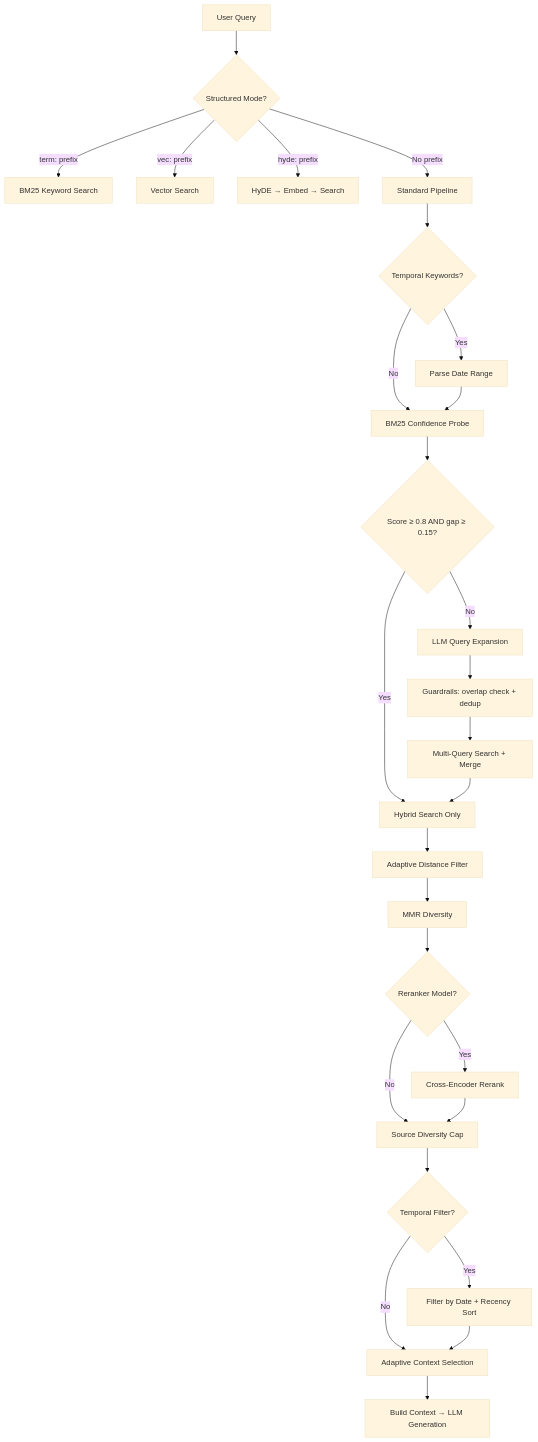
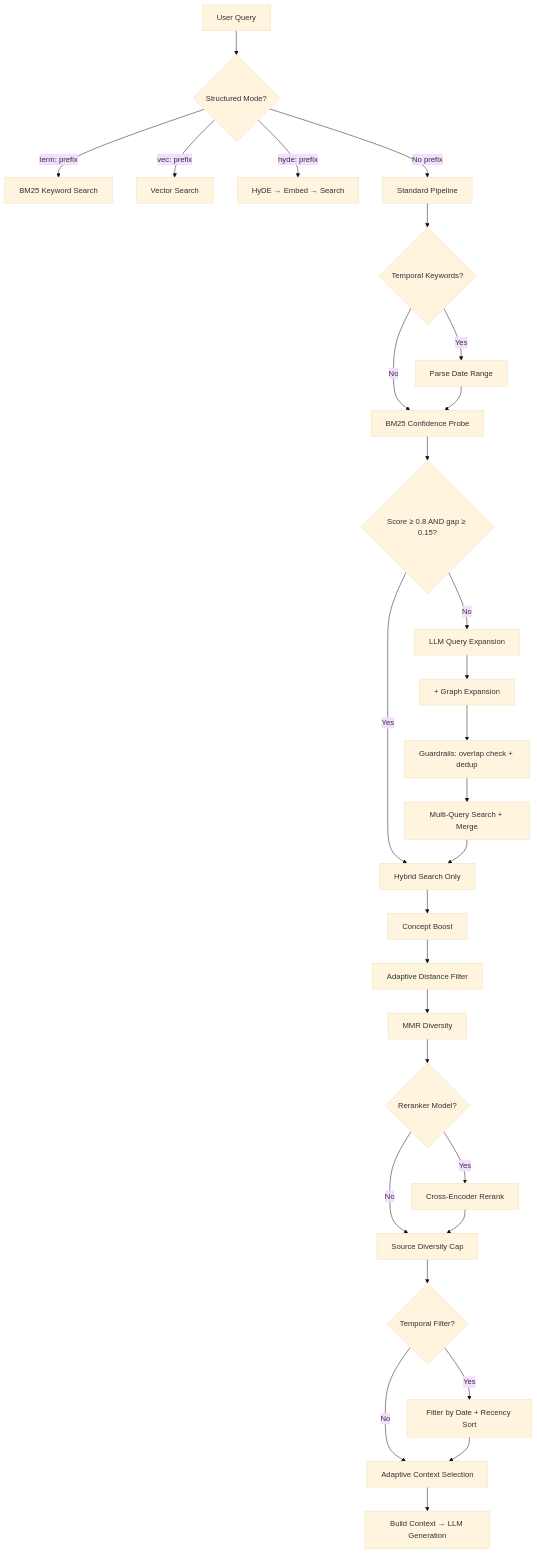
The third of 3 diagrams in docs/architecture.md (tobocop2/lilbee), drawn with Mermaid (base theme) before and after one commit. The commit also changed other lines of this file, not shown here.

Commit message:
docs: add concept graph to architecture diagrams and technique reference

````diff
--- a/docs/architecture.md
+++ b/docs/architecture.md
@@ -95,33 +100,35 @@
 ```mermaid
 flowchart TD
     Q[User Query] --> SM{Structured Mode?}
     SM -->|term: prefix| BM25[BM25 Keyword Search]
     SM -->|vec: prefix| VEC[Vector Search]
     SM -->|hyde: prefix| HYDE_M[HyDE → Embed → Search]
     SM -->|No prefix| STD[Standard Pipeline]
 
     STD --> TF{Temporal Keywords?}
     TF -->|Yes| TPARSE[Parse Date Range]
     TF -->|No| PROBE
 
     TPARSE --> PROBE[BM25 Confidence Probe]
     PROBE --> CONF{Score ≥ 0.8 AND gap ≥ 0.15?}
     CONF -->|Yes| HYBRID[Hybrid Search Only]
     CONF -->|No| EXPAND[LLM Query Expansion]
 
-    EXPAND --> GUARD[Guardrails: overlap check + dedup]
+    EXPAND --> GEXP[+ Graph Expansion]
+    GEXP --> GUARD[Guardrails: overlap check + dedup]
     GUARD --> MULTI[Multi-Query Search + Merge]
     MULTI --> HYBRID
 
-    HYBRID --> ADAPT[Adaptive Distance Filter]
+    HYBRID --> CBOOST[Concept Boost]
+    CBOOST --> ADAPT[Adaptive Distance Filter]
     ADAPT --> MMR[MMR Diversity]
     MMR --> RERANK{Reranker Model?}
     RERANK -->|Yes| XENC[Cross-Encoder Rerank]
     RERANK -->|No| DIV
     XENC --> DIV[Source Diversity Cap]
     DIV --> TFILTER{Temporal Filter?}
     TFILTER -->|Yes| TFILT[Filter by Date + Recency Sort]
     TFILTER -->|No| CTX
     TFILT --> CTX[Adaptive Context Selection]
     CTX --> BUILD[Build Context → LLM Generation]
 ```
````
